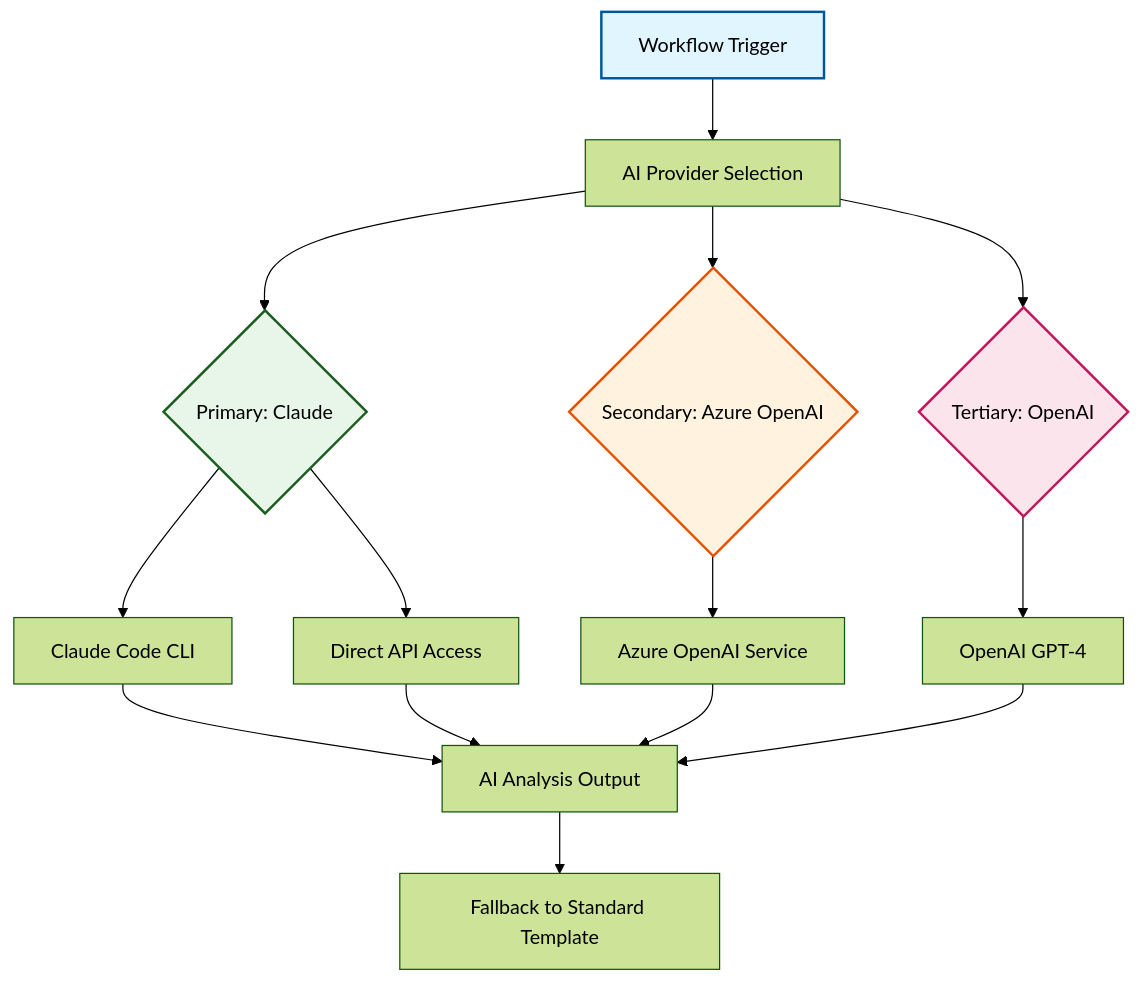
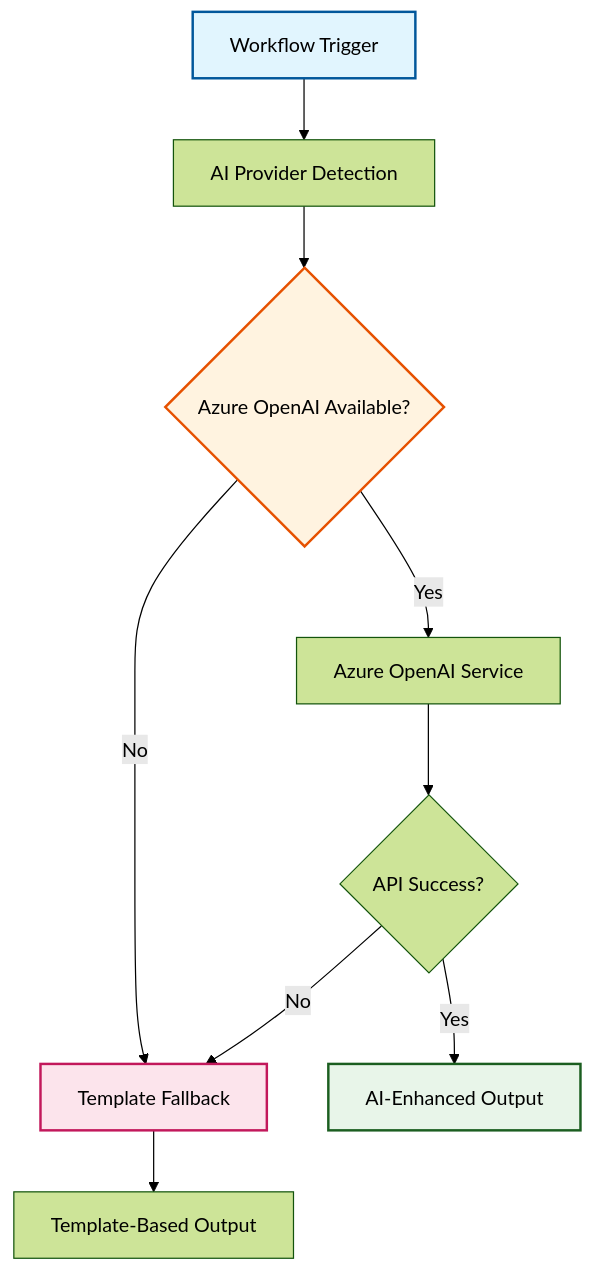
Before and after one commit to Azure/osdu-spi: the first of 2 diagrams in doc/src/decisions/adr_014_ai_integration.md, drawn with Mermaid (forest theme). The commit also changed other lines of this file and 3 other files, not shown here.

````diff
--- a/doc/src/decisions/adr_014_ai_integration.md
+++ b/doc/src/decisions/adr_014_ai_integration.md
@@ -49,24 +49,19 @@
 ```mermaid
 graph TD
-    A[Workflow Trigger] --> B[AI Provider Selection]
-    B --> C{Primary: Claude}
-    B --> D{Secondary: Azure OpenAI}
-    B --> E{Tertiary: OpenAI}
-    
-    C --> F[Claude Code CLI]
-    C --> G[Direct API Access]
-    D --> H[Azure OpenAI Service]
-    E --> I[OpenAI GPT-4]
-    
-    F --> J[AI Analysis Output]
-    G --> J
-    H --> J
-    I --> J
-    
-    J --> K[Fallback to Standard Template]
-    
+    A[Workflow Trigger] --> B[AI Provider Detection]
+    B --> C{Azure OpenAI Available?}
+
+    C -->|Yes| D[Azure OpenAI Service]
+    C -->|No| E[Template Fallback]
+
+    D --> F{API Success?}
+    F -->|Yes| G[AI-Enhanced Output]
+    F -->|No| E
+
+    E --> H[Template-Based Output]
+
     style A fill:#e1f5fe,stroke:#01579b,stroke-width:2px
-    style C fill:#e8f5e9,stroke:#1b5e20,stroke-width:2px
-    style D fill:#fff3e0,stroke:#e65100,stroke-width:2px
+    style C fill:#fff3e0,stroke:#e65100,stroke-width:2px
     style E fill:#fce4ec,stroke:#c2185b,stroke-width:2px
+    style G fill:#e8f5e9,stroke:#1b5e20,stroke-width:2px
 ```
````
